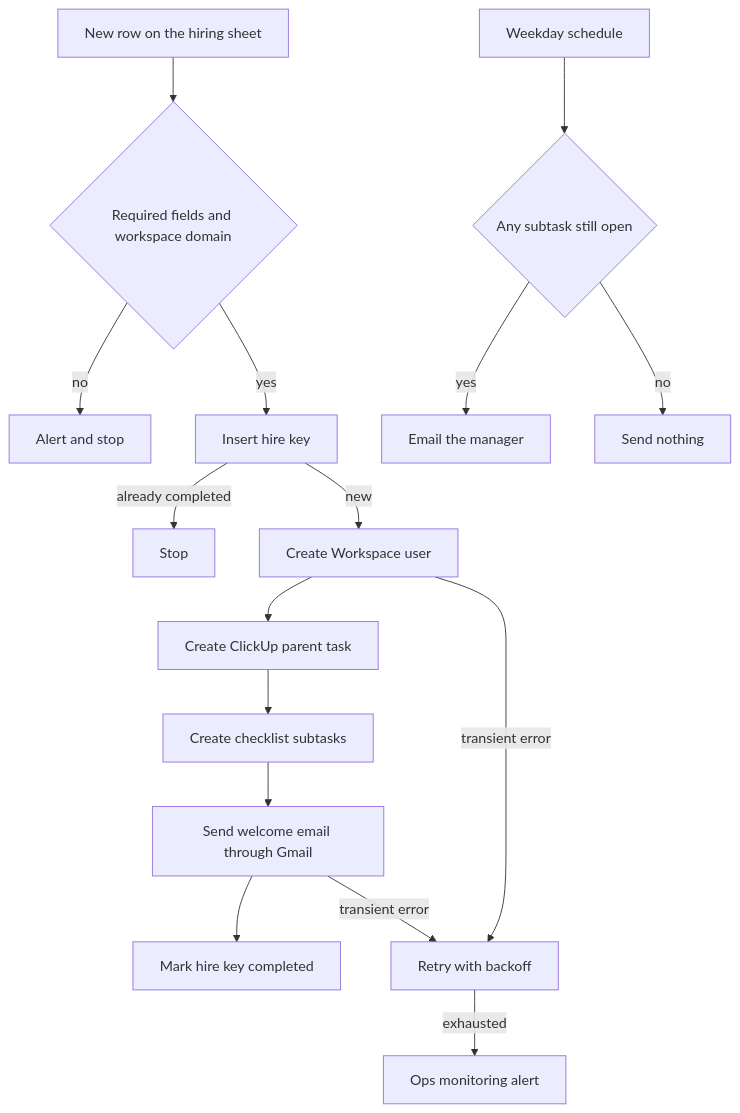
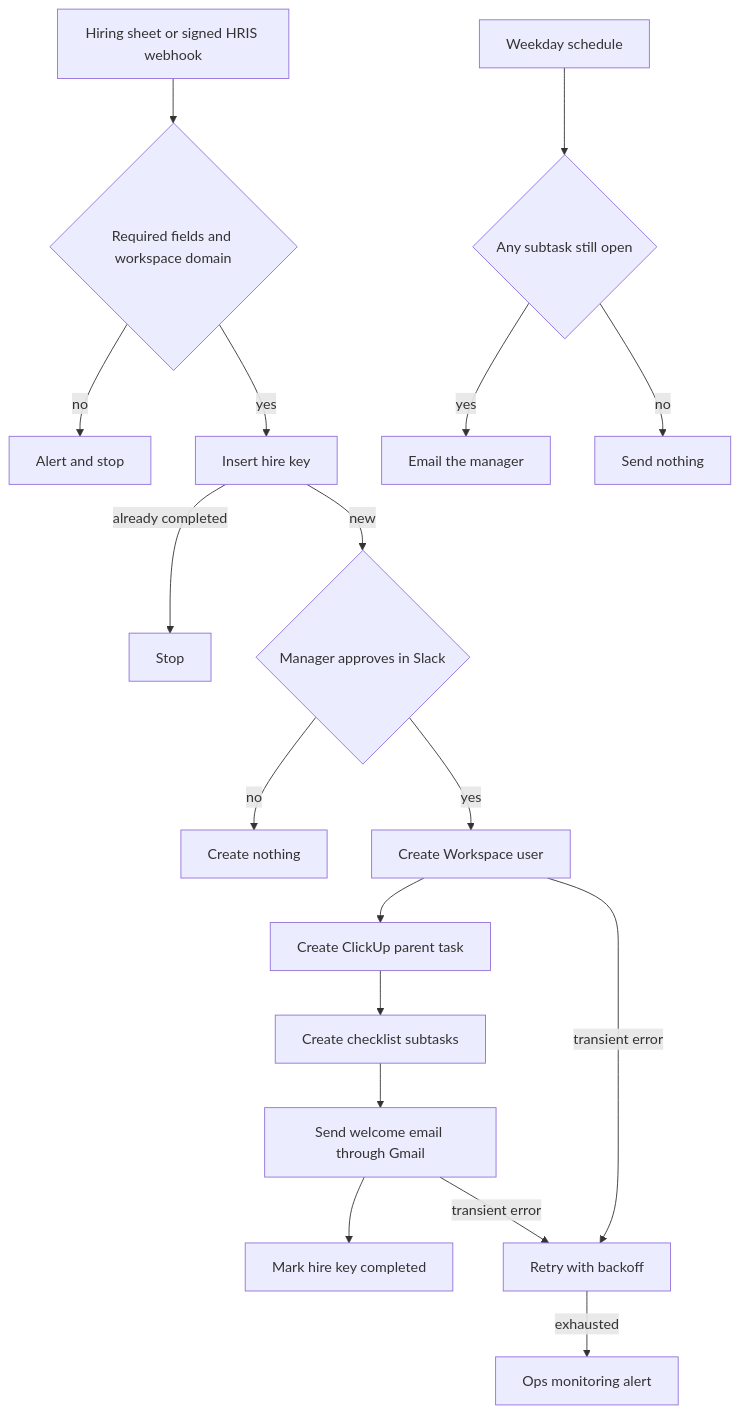
One commit to Raghavdeora27/ai-automation-portfolio changed the diagram in workflows/12-hr-onboarding/README.md. Above: the diagram before and after it, drawn with Mermaid. The commit also changed other lines of this file and 29 other files, not shown here.

````diff
--- a/workflows/12-hr-onboarding/README.md
+++ b/workflows/12-hr-onboarding/README.md
@@ -65,18 +65,20 @@
 ```mermaid
 flowchart TD
-  sheet["New row on the hiring sheet"] --> fields{"Required fields and workspace domain"}
+  sheet["Hiring sheet or signed HRIS webhook"] --> fields{"Required fields and workspace domain"}
   fields -->|no| reject["Alert and stop"]
   fields -->|yes| dedupe["Insert hire key"]
   dedupe -->|already completed| stop["Stop"]
-  dedupe -->|new| user["Create Workspace user"]
+  dedupe -->|new| approve{"Manager approves in Slack"}
+  approve -->|no| stopApproval["Create nothing"]
+  approve -->|yes| user["Create Workspace user"]
   user --> parent["Create ClickUp parent task"]
   parent --> subtasks["Create checklist subtasks"]
   subtasks --> welcome["Send welcome email through Gmail"]
   welcome --> doneNode["Mark hire key completed"]
   schedule["Weekday schedule"] --> open{"Any subtask still open"}
   open -->|yes| remind["Email the manager"]
   open -->|no| quiet["Send nothing"]
   user -->|transient error| retry["Retry with backoff"]
   welcome -->|transient error| retry
   retry -->|exhausted| alert["Ops monitoring alert"]
 ```
````
